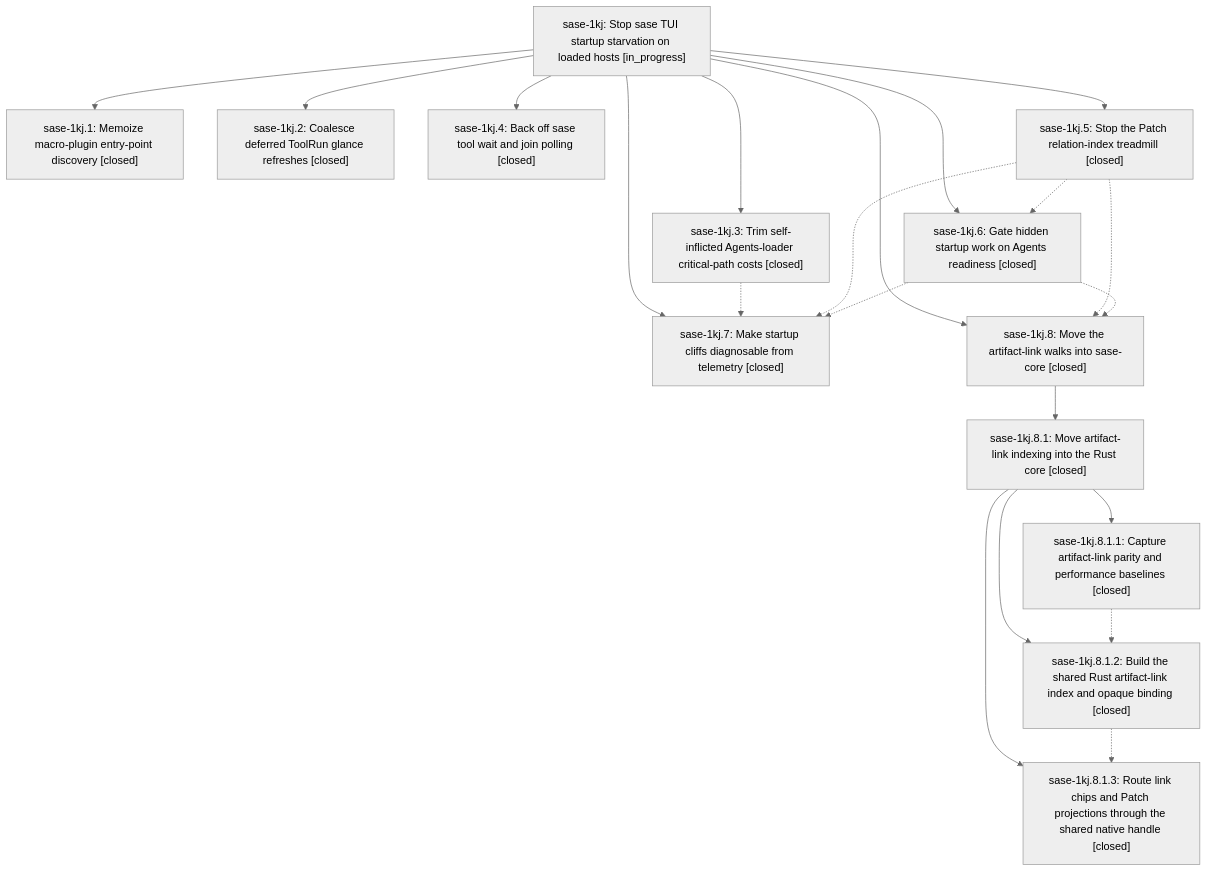
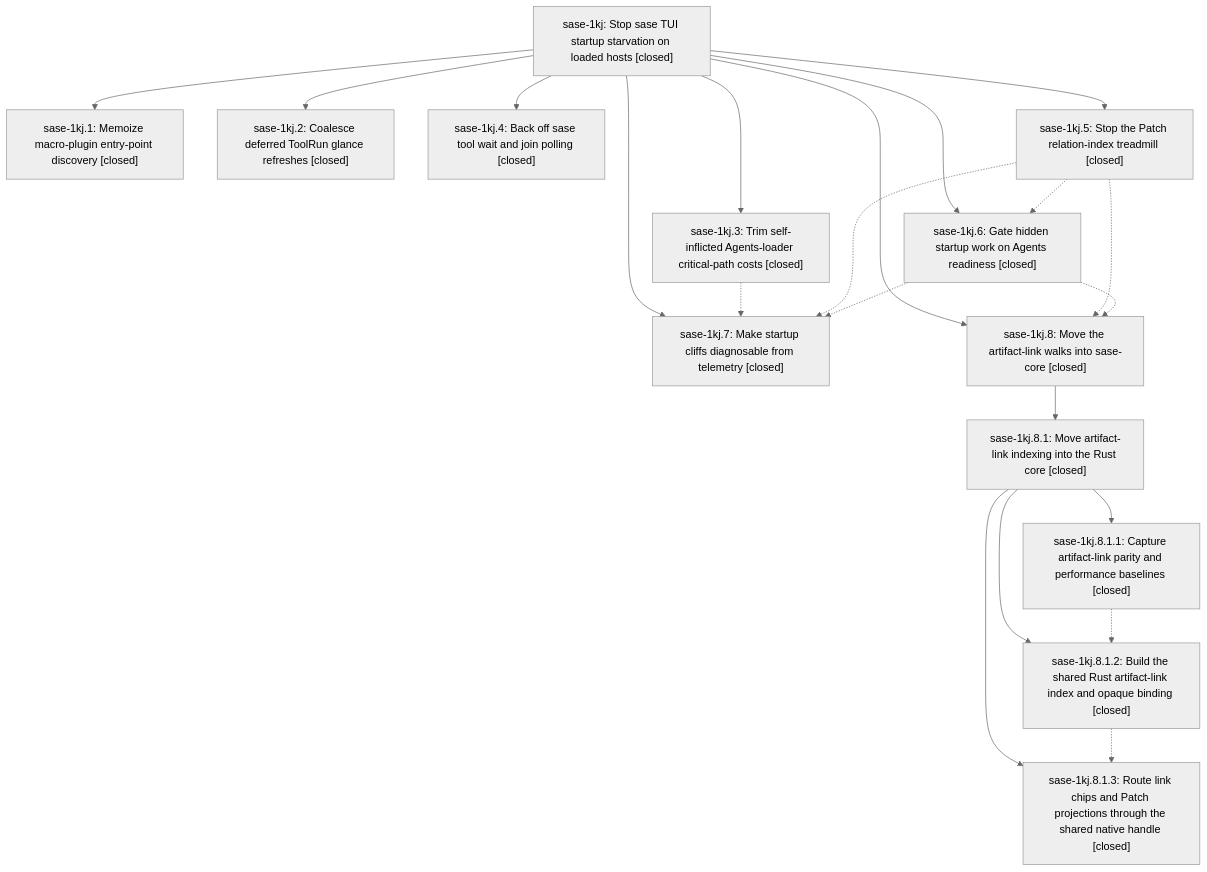
The diagram in pages/sase-1kj/README.md (sase-org/sase--beads), drawn with Mermaid (neutral theme) before and after one commit. The commit also changed other lines of this file, not shown here.

First line of the commit message:
chore(beads): sync bead state and pages for sase-1kj

````diff
--- a/pages/sase-1kj/README.md
+++ b/pages/sase-1kj/README.md
@@ -51,36 +53,36 @@
 ```mermaid
 flowchart TD
-    n0["sase-1kj: Stop sase TUI startup starvation on loaded hosts [in_progress]"]
+    n0["sase-1kj: Stop sase TUI startup starvation on loaded hosts [closed]"]
     n1["sase-1kj.1: Memoize macro-plugin entry-point discovery [closed]"]
     n2["sase-1kj.2: Coalesce deferred ToolRun glance refreshes [closed]"]
     n3["sase-1kj.3: Trim self-inflicted Agents-loader critical-path costs [closed]"]
     n4["sase-1kj.4: Back off sase tool wait and join polling [closed]"]
     n5["sase-1kj.5: Stop the Patch relation-index treadmill [closed]"]
     n6["sase-1kj.6: Gate hidden startup work on Agents readiness [closed]"]
     n7["sase-1kj.7: Make startup cliffs diagnosable from telemetry [closed]"]
     n8["sase-1kj.8: Move the artifact-link walks into sase-core [closed]"]
     n9["sase-1kj.8.1: Move artifact-link indexing into the Rust core [closed]"]
     n10["sase-1kj.8.1.1: Capture artifact-link parity and performance baselines [closed]"]
     n11["sase-1kj.8.1.2: Build the shared Rust artifact-link index and opaque binding [closed]"]
     n12["sase-1kj.8.1.3: Route link chips and Patch projections through the shared native handle [closed]"]
     n0 --> n1
     n0 --> n2
     n0 --> n3
     n0 --> n4
     n0 --> n5
     n0 --> n6
     n0 --> n7
     n0 --> n8
     n8 --> n9
     n9 --> n10
     n9 --> n11
     n9 --> n12
     n3 -.-> n7
     n5 -.-> n6
     n5 -.-> n7
     n5 -.-> n8
     n6 -.-> n7
     n6 -.-> n8
     n10 -.-> n11
     n11 -.-> n12
 ```
````
